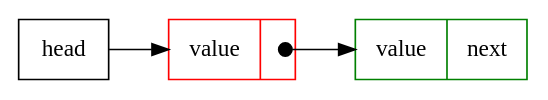
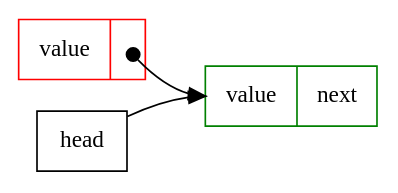
The diagram in add_entry.dot (justapig9020/quiz1-graphic), drawn with Graphviz before and after one commit.

Commit message:
Update add entry let head, node1 both ptr to node0

```diff
--- a/add_entry.dot
+++ b/add_entry.dot
@@ -1,10 +1,10 @@
 digraph add_entry
 {
     rankdir=LR;
     node [shape=record];
     node1 [label="{<value>value | <next> }", color=red];
     head [shaoe=box];
     node0 [label="{<value>value | <next> next }", color=green];
-    head -> node1:value;
+    head -> node0:value;
     node1:next:c -> node0:value [arrowtail=dot, dir=both, tailclip=false];
 }
```
